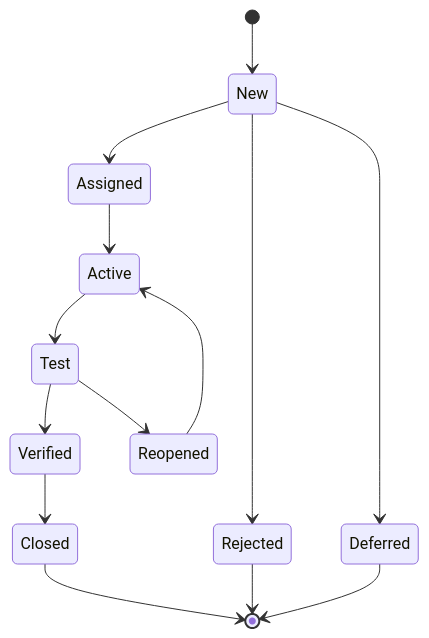
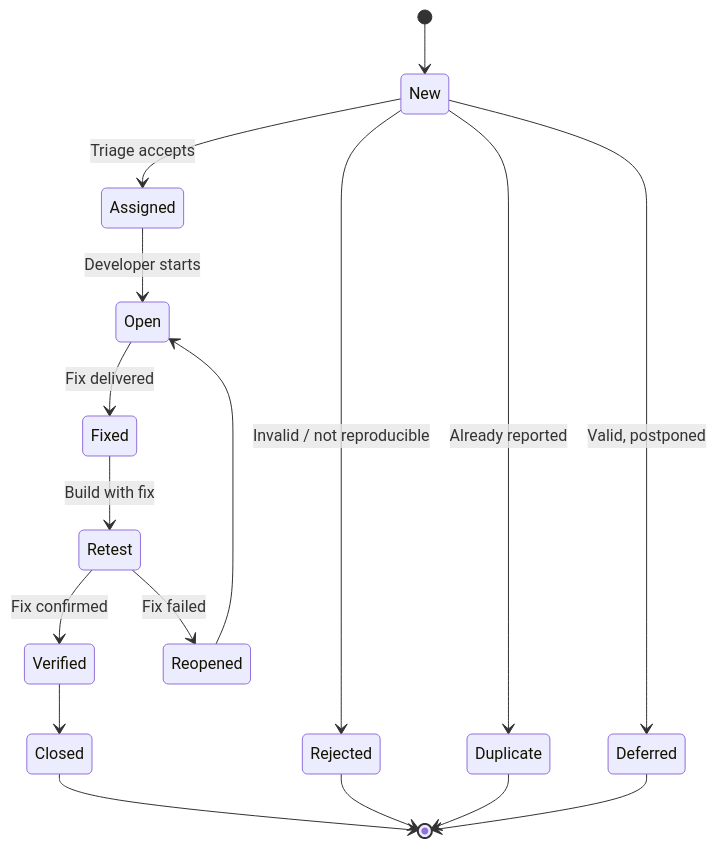
One commit to Ajay120503/ST_Notes changed the sixth of 12 diagrams in README.md. Above: the diagram before and after it, drawn with Mermaid. The commit also changed other lines of this file, not shown here.

````diff
--- a/README.md
+++ b/README.md
@@ -189,16 +233,19 @@
 ```mermaid
 stateDiagram-v2
     [*] --> New
-    New --> Assigned
-    New --> Rejected
-    New --> Deferred
-    Assigned --> Active
-    Active --> Test
-    Test --> Verified
-    Test --> Reopened
-    Reopened --> Active
+    New --> Assigned : Triage accepts
+    New --> Rejected : Invalid / not reproducible
+    New --> Duplicate : Already reported
+    New --> Deferred : Valid, postponed
+    Assigned --> Open : Developer starts
+    Open --> Fixed : Fix delivered
+    Fixed --> Retest : Build with fix
+    Retest --> Verified : Fix confirmed
+    Retest --> Reopened : Fix failed
+    Reopened --> Open
     Verified --> Closed
     Rejected --> [*]
+    Duplicate --> [*]
     Deferred --> [*]
     Closed --> [*]
 ```
````
